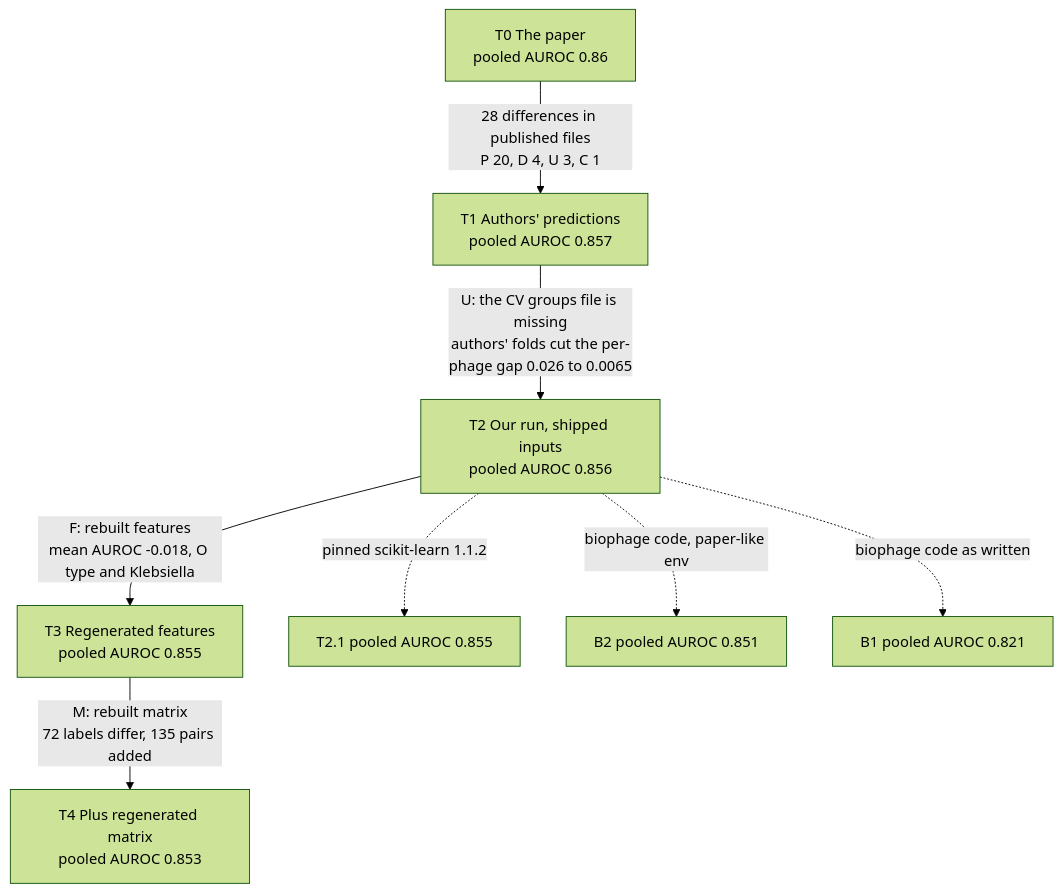
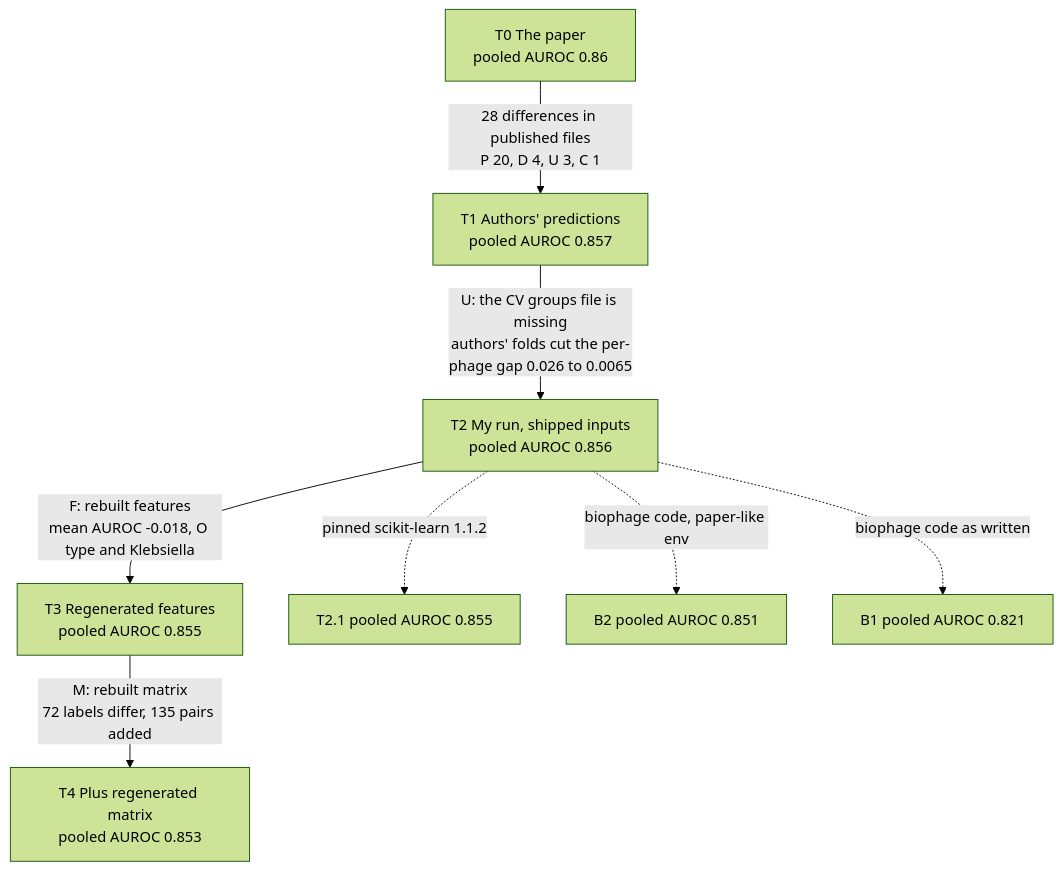
The second of 2 diagrams in reports/14_biophage_comparison.md (viti1igo/coli_phage_interactions_2023_replica), drawn with Mermaid (forest theme) before and after one commit. The commit also changed other lines of this file and 14 other files, not shown here.

First line of the commit message:
Write report 14 and its figure labels in the first person singular

````diff
--- a/reports/14_biophage_comparison.md
+++ b/reports/14_biophage_comparison.md
@@ -45,15 +45,15 @@
 ```mermaid
 flowchart TB
     T0["T0 The paper<br/>pooled AUROC 0.86"]
     T1["T1 Authors' predictions<br/>pooled AUROC 0.857"]
-    T2["T2 Our run, shipped inputs<br/>pooled AUROC 0.856"]
+    T2["T2 My run, shipped inputs<br/>pooled AUROC 0.856"]
     T3["T3 Regenerated features<br/>pooled AUROC 0.855"]
     T4["T4 Plus regenerated matrix<br/>pooled AUROC 0.853"]
     T0 -- "28 differences in published files<br/>P 20, D 4, U 3, C 1" --> T1
     T1 -- "U: the CV groups file is missing<br/>authors' folds cut the per-phage gap 0.026 to 0.0065" --> T2
     T2 -- "F: rebuilt features<br/>mean AUROC -0.018, O type and Klebsiella" --> T3
     T3 -- "M: rebuilt matrix<br/>72 labels differ, 135 pairs added" --> T4
     T2 -. "pinned scikit-learn 1.1.2" .-> T21["T2.1 pooled AUROC 0.855"]
     T2 -. "biophage code, paper-like env" .-> B2["B2 pooled AUROC 0.851"]
     T2 -. "biophage code as written" .-> B1["B1 pooled AUROC 0.821"]
 ```
````
